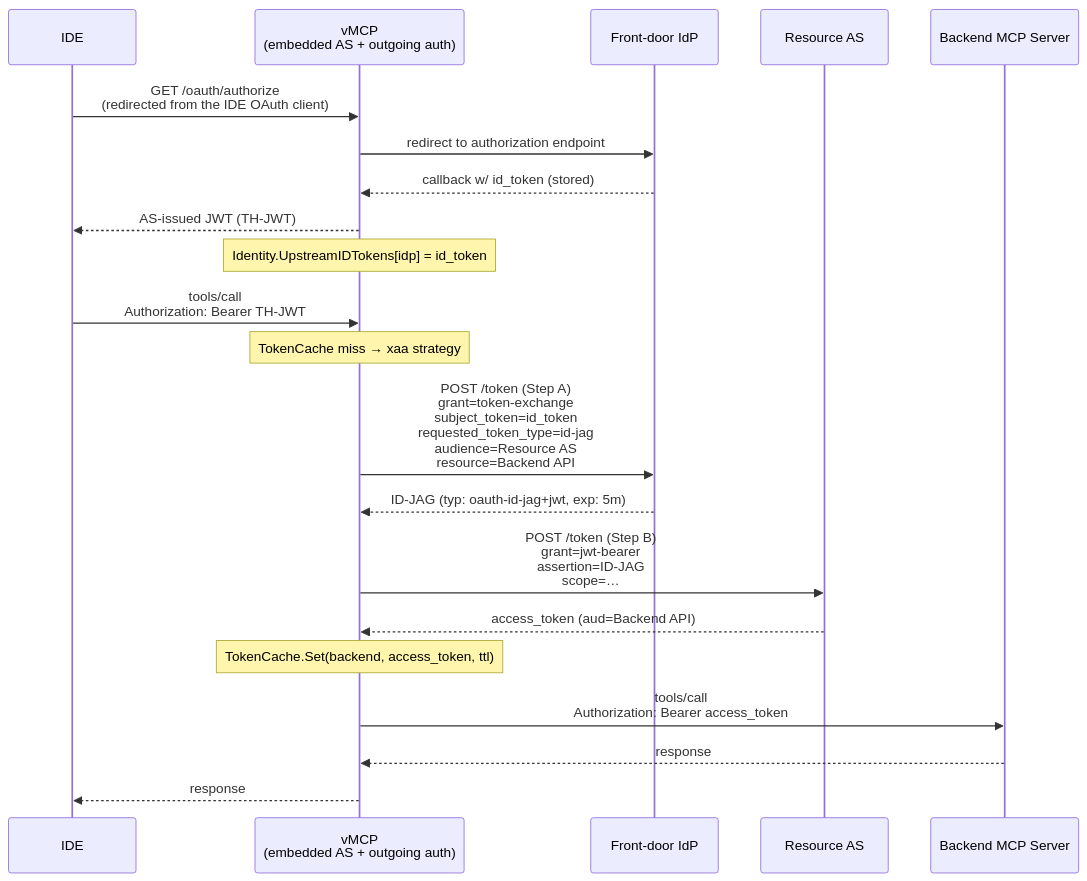
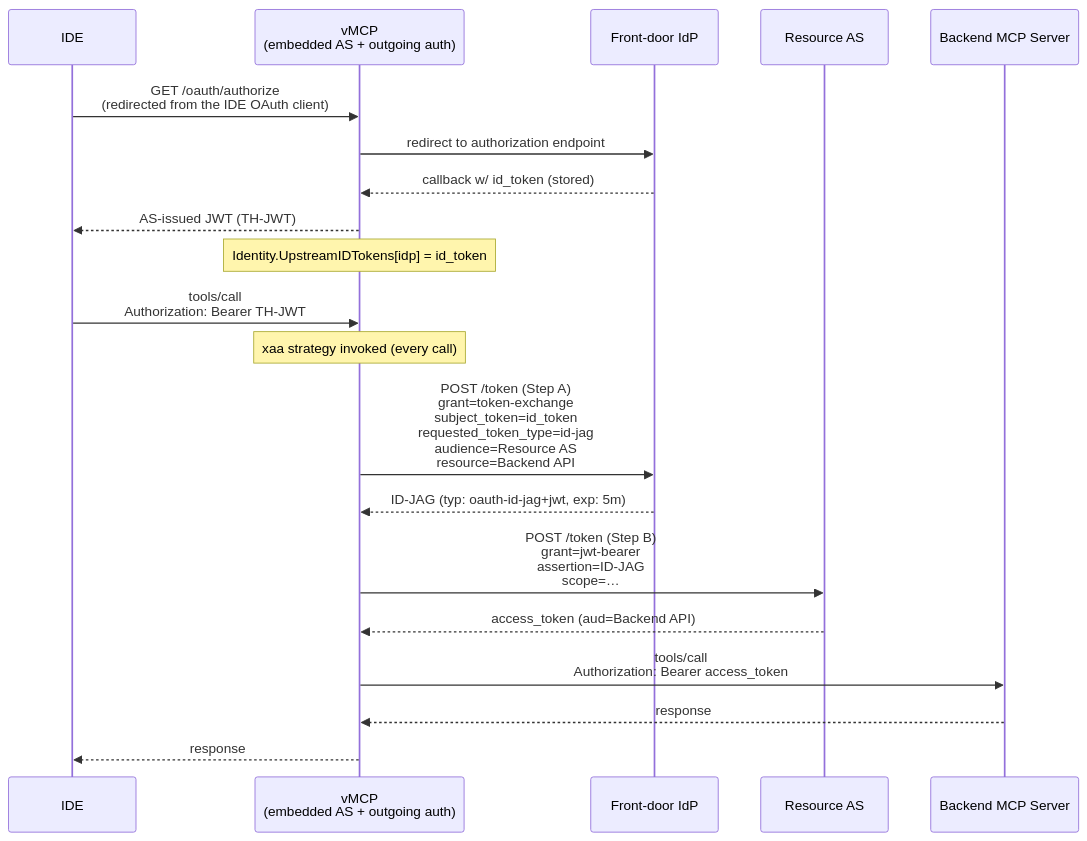
One commit to stacklok/toolhive-rfcs changed the diagram in rfcs/THV-0079-cross-app-access-grant.md. Above: the diagram before and after it, drawn with Mermaid. The commit also changed other lines of this file, not shown here.

First line of the commit message:
RFC-0079: drop TokenCache from the design, renumber sections

````diff
--- a/rfcs/THV-0079-cross-app-access-grant.md
+++ b/rfcs/THV-0079-cross-app-access-grant.md
@@ -159,25 +158,24 @@
 ```mermaid
 sequenceDiagram
     participant IDE
     participant vMCP as vMCP<br>(embedded AS + outgoing auth)
     participant IdP as Front-door IdP
     participant Res as Resource AS
     participant Backend as Backend MCP Server
 
     IDE->>vMCP: GET /oauth/authorize<br>(redirected from the IDE OAuth client)
     vMCP->>IdP: redirect to authorization endpoint
     IdP-->>vMCP: callback w/ id_token (stored)
     vMCP-->>IDE: AS-issued JWT (TH-JWT)
     Note over vMCP: Identity.UpstreamIDTokens[idp] = id_token
 
     IDE->>vMCP: tools/call<br>Authorization: Bearer TH-JWT
-    Note over vMCP: TokenCache miss → xaa strategy
+    Note over vMCP: xaa strategy invoked (every call)
     vMCP->>IdP: POST /token (Step A)<br>grant=token-exchange<br>subject_token=id_token<br>requested_token_type=id-jag<br>audience=Resource AS<br>resource=Backend API
     IdP-->>vMCP: ID-JAG (typ: oauth-id-jag+jwt, exp: 5m)
     vMCP->>Res: POST /token (Step B)<br>grant=jwt-bearer<br>assertion=ID-JAG<br>scope=…
     Res-->>vMCP: access_token (aud=Backend API)
-    Note over vMCP: TokenCache.Set(backend, access_token, ttl)
     vMCP->>Backend: tools/call<br>Authorization: Bearer access_token
     Backend-->>vMCP: response
     vMCP-->>IDE: response
 ```
````
